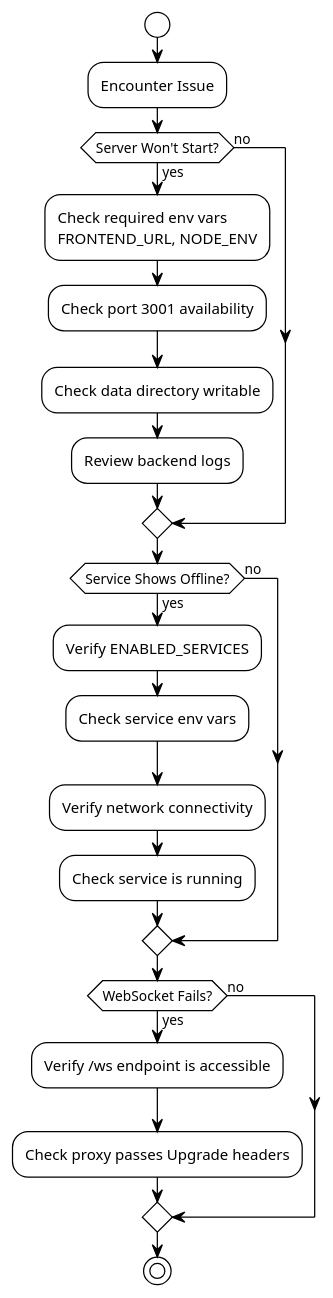
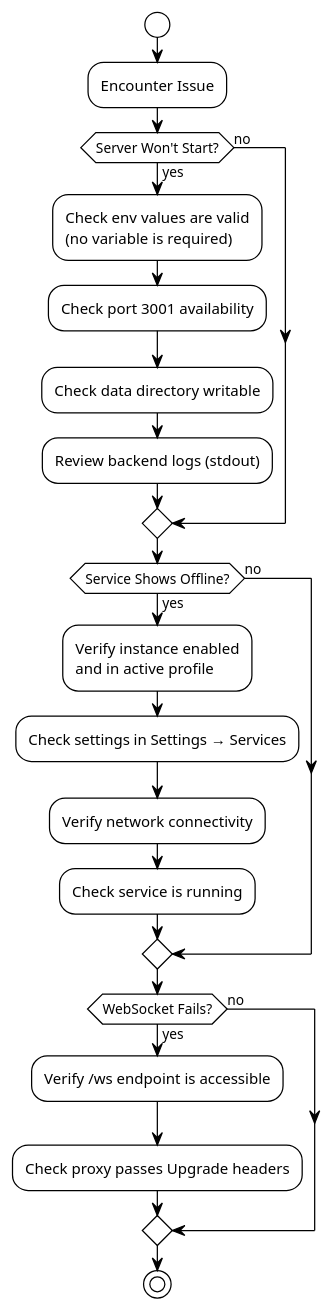
One commit to EraPartner/Watchman changed the first of 2 diagrams in docs/troubleshooting.md. Above: the diagram before and after it, drawn with PlantUML. The commit also changed other lines of this file and 32 other files, not shown here.

````diff
--- a/docs/troubleshooting.md
+++ b/docs/troubleshooting.md
@@ -145,33 +150,33 @@
 ```plantuml
 @startuml
 !theme plain
 
 start
 
 :Encounter Issue;
 
 if (Server Won't Start?) then (yes)
-    :Check required env vars\nFRONTEND_URL, NODE_ENV;
+    :Check env values are valid\n(no variable is required);
     :Check port 3001 availability;
     :Check data directory writable;
-    :Review backend logs;
+    :Review backend logs (stdout);
 else (no)
 endif
 
 if (Service Shows Offline?) then (yes)
-    :Verify ENABLED_SERVICES;
-    :Check service env vars;
+    :Verify instance enabled\nand in active profile;
+    :Check settings in Settings → Services;
     :Verify network connectivity;
     :Check service is running;
 else (no)
 endif
 
 if (WebSocket Fails?) then (yes)
     :Verify /ws endpoint is accessible;
     :Check proxy passes Upgrade headers;
 else (no)
 endif
 
 stop
 @enduml
 ```
````
